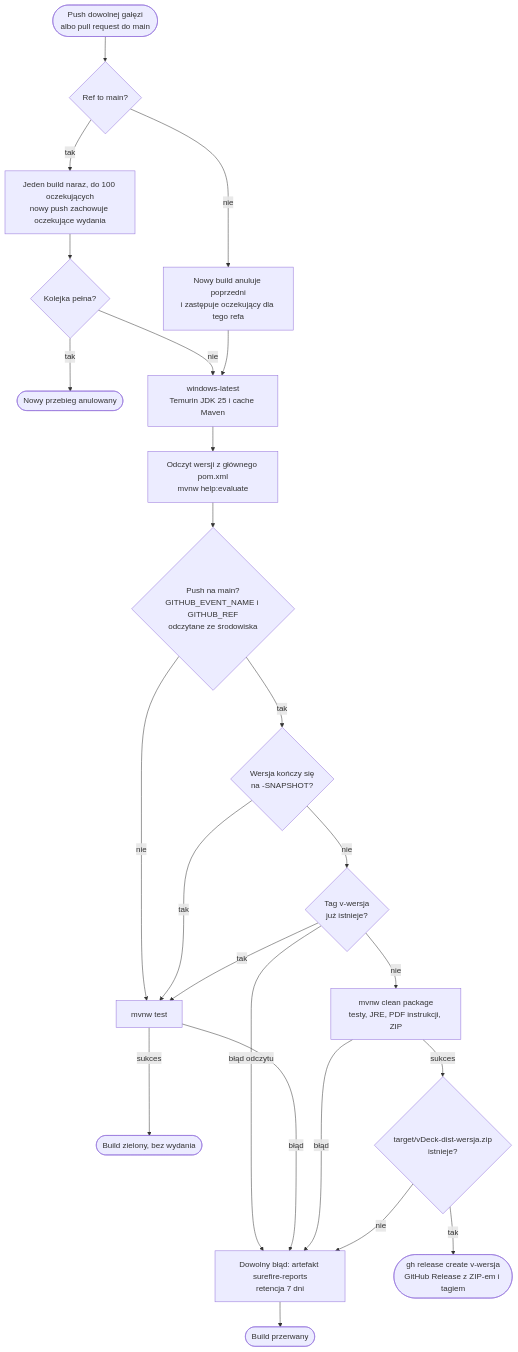
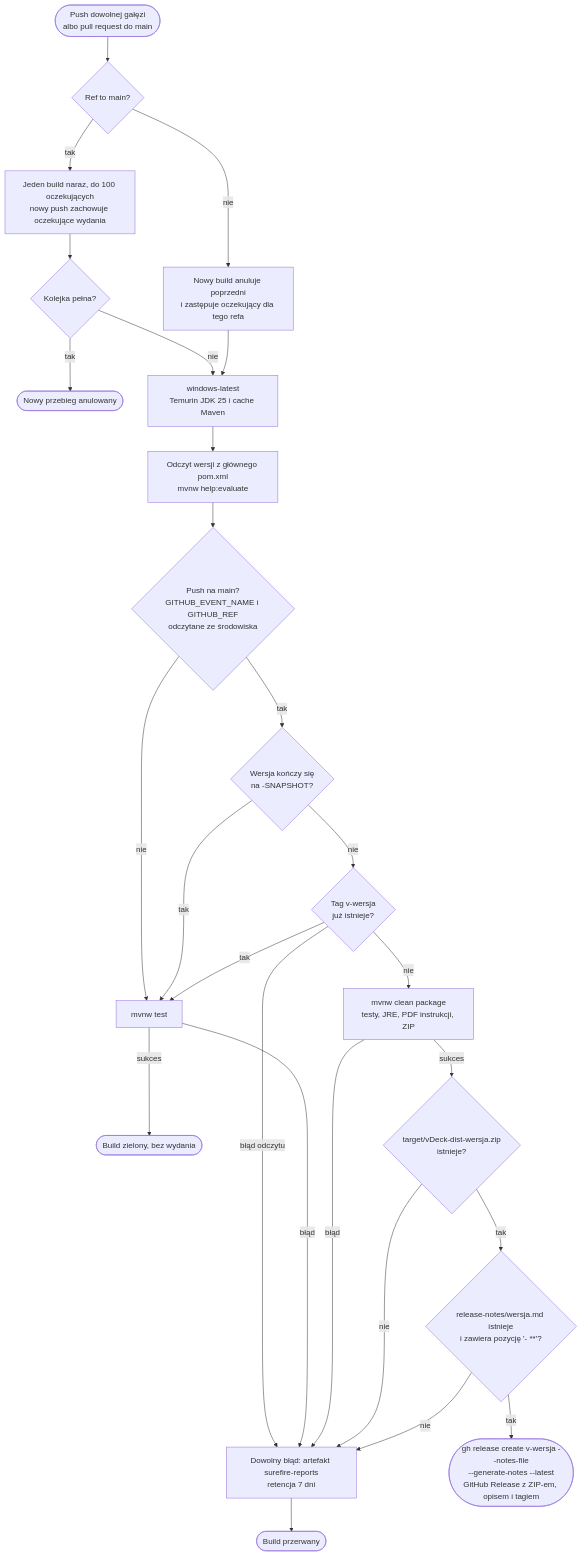
The diagram in dokumentacja/diagramy/wspolne/przeplyw-ci-wydanie.mmd (Pplociennik/vDeck), drawn with Mermaid before and after one commit. The commit also changed 71 other files, not shown here.

```diff
--- a/dokumentacja/diagramy/wspolne/przeplyw-ci-wydanie.mmd
+++ b/dokumentacja/diagramy/wspolne/przeplyw-ci-wydanie.mmd
@@ -1,25 +1,27 @@
 %% Diagram przepływu: ciągła integracja i wydania vDeck (GitHub Actions)
 flowchart TD
     trigger([Push dowolnej gałęzi<br/>albo pull request do main]) --> queueMain{Ref to main?}
     queueMain -- tak --> mainQueue[Jeden build naraz, do 100 oczekujących<br/>nowy push zachowuje oczekujące wydania]
     mainQueue --> queueLimit{Kolejka pełna?}
     queueLimit -- tak --> cancelled([Nowy przebieg anulowany])
     queueLimit -- nie --> setup[windows-latest<br/>Temurin JDK 25 i cache Maven]
     queueMain -- nie --> latest[Nowy build anuluje poprzedni<br/>i zastępuje oczekujący dla tego refa]
     latest --> setup
     setup --> version[Odczyt wersji z głównego pom.xml<br/>mvnw help:evaluate]
     version --> main{Push na main?<br/>GITHUB_EVENT_NAME i GITHUB_REF<br/>odczytane ze środowiska}
     main -- nie --> test[mvnw test]
     main -- tak --> snapshot{Wersja kończy się<br/>na -SNAPSHOT?}
     snapshot -- tak --> test
     snapshot -- nie --> tag{Tag v-wersja<br/>już istnieje?}
     tag -- błąd odczytu --> reports
     tag -- tak --> test
     tag -- nie --> package[mvnw clean package<br/>testy, JRE, PDF instrukcji, ZIP]
     test -- sukces --> ok([Build zielony, bez wydania])
     test -- błąd --> reports[Dowolny błąd: artefakt surefire-reports<br/>retencja 7 dni]
     package -- błąd --> reports
     reports --> fail([Build przerwany])
     package -- sukces --> zip{target/vDeck-dist-wersja.zip<br/>istnieje?}
     zip -- nie --> reports
-    zip -- tak --> release([gh release create v-wersja<br/>GitHub Release z ZIP-em i tagiem])
+    zip -- tak --> notes{release-notes/wersja.md istnieje<br/>i zawiera pozycję '- **'?}
+    notes -- nie --> reports
+    notes -- tak --> release([gh release create v-wersja --notes-file<br/>--generate-notes --latest<br/>GitHub Release z ZIP-em, opisem i tagiem])
```
